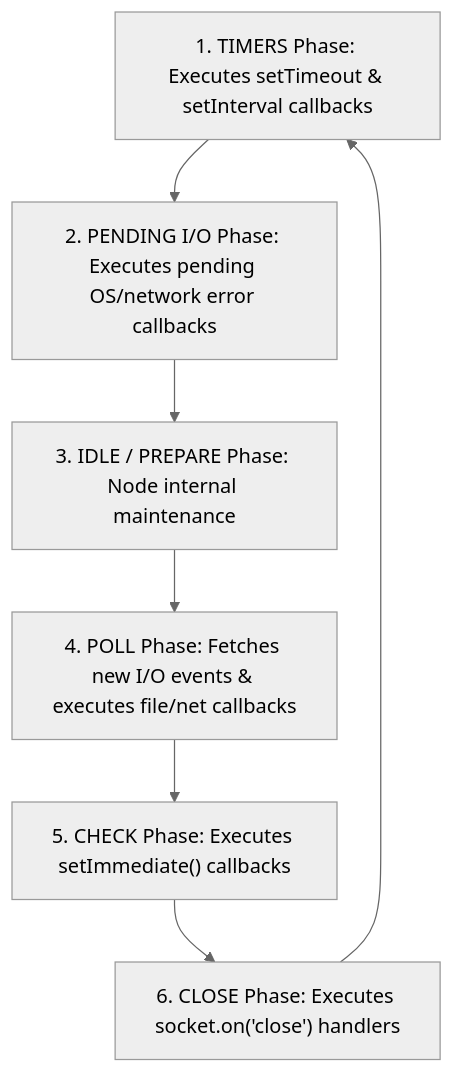
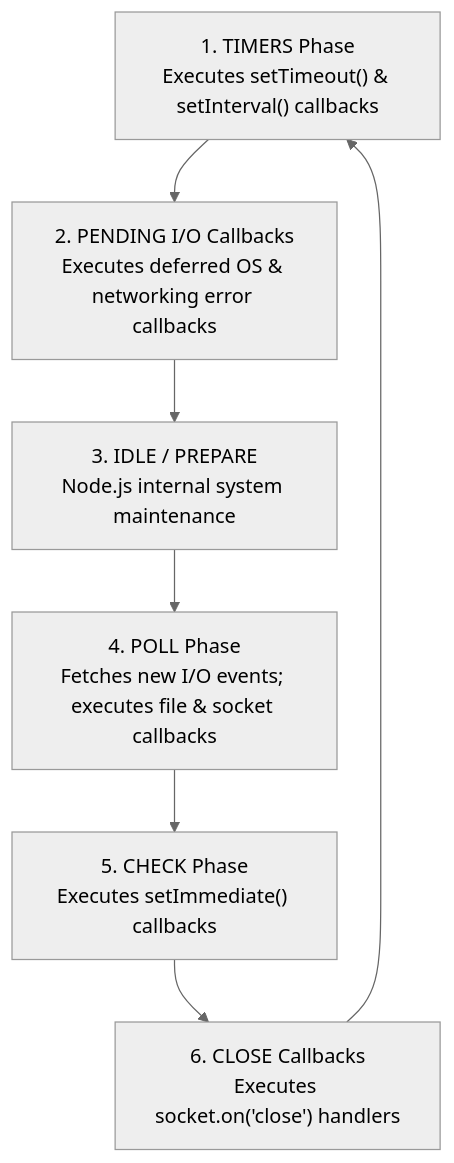
The second of 3 diagrams in js-internals/10-event-loop-internals.md (Amie-dev/engineering-playbook), drawn with Mermaid (neutral theme) before and after one commit. The commit also changed other lines of this file and 17 other files, not shown here.

````diff
--- a/js-internals/10-event-loop-internals.md
+++ b/js-internals/10-event-loop-internals.md
@@ -60,9 +49,9 @@
 ```mermaid
 flowchart TD
-    Phase1["1. TIMERS Phase: Executes setTimeout & setInterval callbacks"] --> Phase2["2. PENDING I/O Phase: Executes pending OS/network error callbacks"]
-    Phase2 --> Phase3["3. IDLE / PREPARE Phase: Node internal maintenance"]
-    Phase3 --> Phase4["4. POLL Phase: Fetches new I/O events & executes file/net callbacks"]
-    Phase4 --> Phase5["5. CHECK Phase: Executes setImmediate() callbacks"]
-    Phase5 --> Phase6["6. CLOSE Phase: Executes socket.on('close') handlers"]
+    Phase1["1. TIMERS Phase<br/>Executes setTimeout() & setInterval() callbacks"] --> Phase2["2. PENDING I/O Callbacks<br/>Executes deferred OS & networking error callbacks"]
+    Phase2 --> Phase3["3. IDLE / PREPARE<br/>Node.js internal system maintenance"]
+    Phase3 --> Phase4["4. POLL Phase<br/>Fetches new I/O events; executes file & socket callbacks"]
+    Phase4 --> Phase5["5. CHECK Phase<br/>Executes setImmediate() callbacks"]
+    Phase5 --> Phase6["6. CLOSE Callbacks<br/>Executes socket.on('close') handlers"]
     Phase6 --> Phase1
 ```
````
